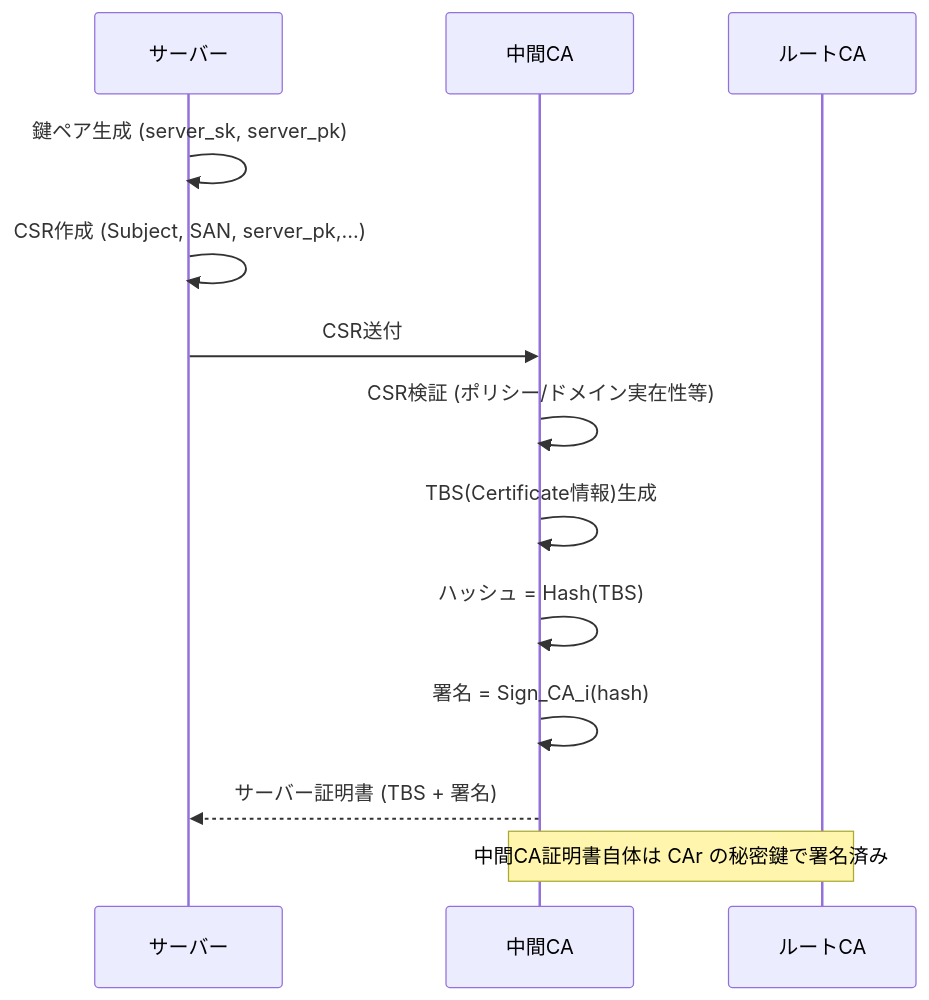
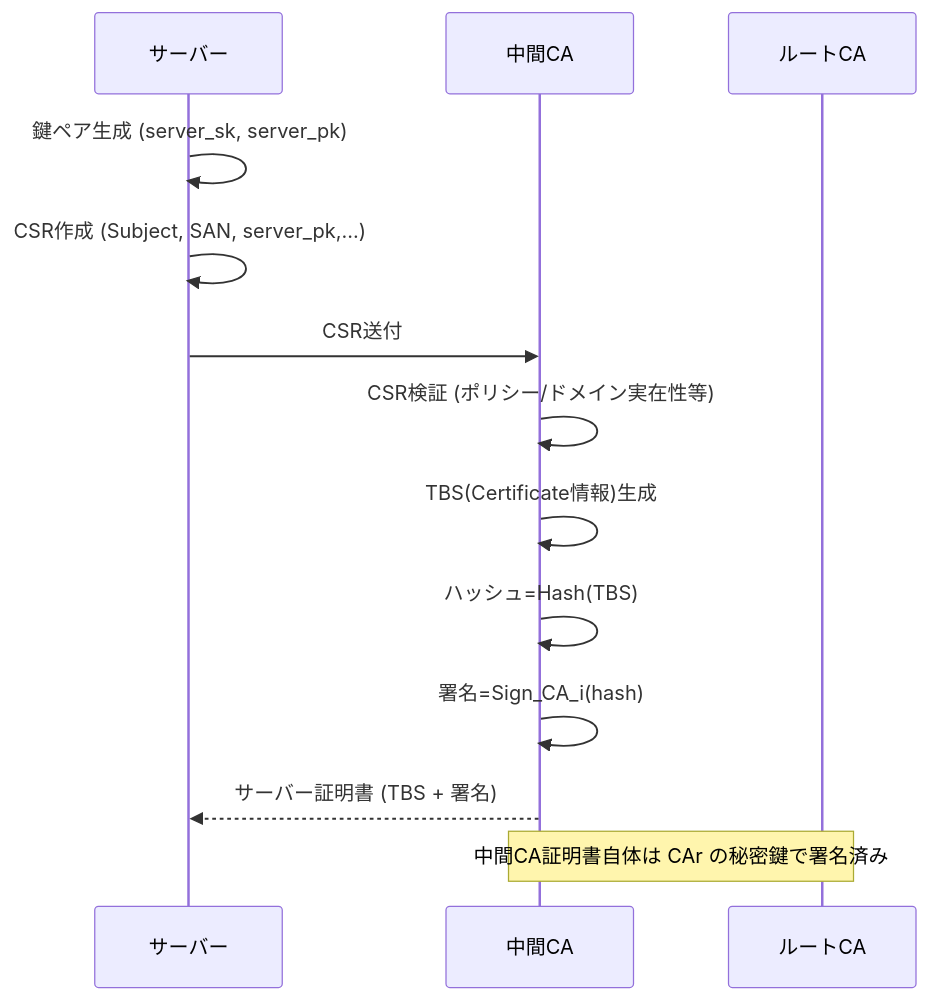
One commit to densuke/2025-network-doc changed the first of 2 diagrams in source/app/http/https.md. Above: the diagram before and after it, drawn with Mermaid. The commit also changed other lines of this file, not shown here.

Commit message:
スタイルガイド修正

````diff
--- a/source/app/http/https.md
+++ b/source/app/http/https.md
@@ -85,16 +85,16 @@
 ```{mermaid}
 sequenceDiagram
     participant S as サーバー
     participant CAi as 中間CA
     participant CAr as ルートCA
 
     S->>S: 鍵ペア生成 (server_sk, server_pk)
     S->>S: CSR作成 (Subject, SAN, server_pk,...)
     S->>CAi: CSR送付
     CAi->>CAi: CSR検証 (ポリシー/ドメイン実在性等)
     CAi->>CAi: TBS(Certificate情報)生成
-    CAi->>CAi: ハッシュ = Hash(TBS)
-    CAi->>CAi: 署名 = Sign_CA_i(hash)
+    CAi->>CAi: ハッシュ=Hash(TBS)
+    CAi->>CAi: 署名=Sign_CA_i(hash)
     CAi-->>S: サーバー証明書 (TBS + 署名)
     note over CAi,CAr: 中間CA証明書自体は CAr の秘密鍵で署名済み
 ```
````
